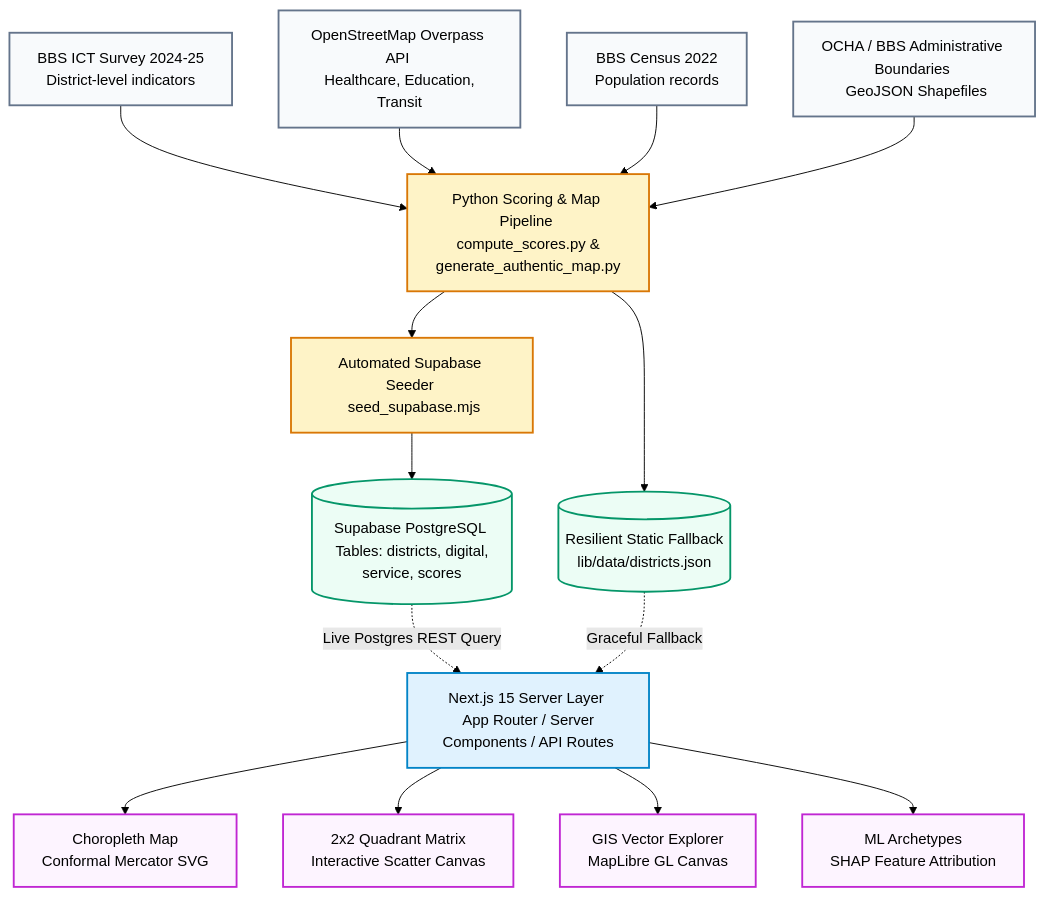
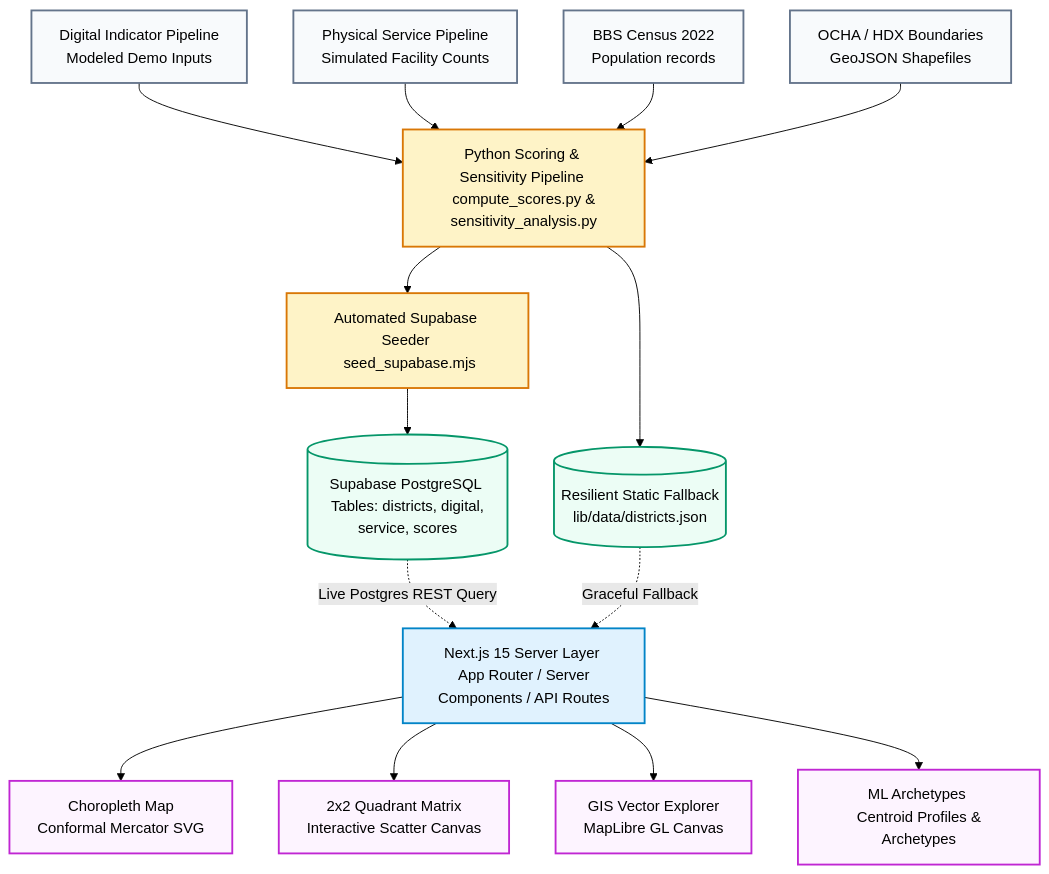
Before and after one commit to mhjayeed715/Double-Gap-Index-DGI: the diagram in README.md, drawn with Mermaid (forest theme). The commit also changed other lines of this file and 39 other files, not shown here.

````diff
--- a/README.md
+++ b/README.md
@@ -206,43 +210,43 @@
 ```mermaid
 graph TD
     classDef source fill:#f8fafc,stroke:#64748b,stroke-width:2px;
     classDef etl fill:#fef3c7,stroke:#d97706,stroke-width:2px;
     classDef db fill:#ecfdf5,stroke:#059669,stroke-width:2px;
     classDef web fill:#e0f2fe,stroke:#0284c7,stroke-width:2px;
     classDef ui fill:#fdf4ff,stroke:#c026d3,stroke-width:2px;
 
-    BBS[BBS ICT Survey 2024-25 <br> District-level indicators]:::source
-    OSM[OpenStreetMap Overpass API <br> Healthcare, Education, Transit]:::source
+    BBS[Digital Indicator Pipeline <br> Modeled Demo Inputs]:::source
+    OSM[Physical Service Pipeline <br> Simulated Facility Counts]:::source
     POP[BBS Census 2022 <br> Population records]:::source
-    GEO[OCHA / BBS Administrative Boundaries <br> GeoJSON Shapefiles]:::source
+    GEO[OCHA / HDX Boundaries <br> GeoJSON Shapefiles]:::source
 
-    ETL[Python Scoring & Map Pipeline <br> compute_scores.py & generate_authentic_map.py]:::etl
+    ETL[Python Scoring & Sensitivity Pipeline <br> compute_scores.py & sensitivity_analysis.py]:::etl
     SEED[Automated Supabase Seeder <br> seed_supabase.mjs]:::etl
 
     SUPA[(Supabase PostgreSQL <br> Tables: districts, digital, service, scores)]:::db
     JSON[(Resilient Static Fallback <br> lib/data/districts.json)]:::db
 
     SERVER[Next.js 15 Server Layer <br> App Router / Server Components / API Routes]:::web
 
     MAP[Choropleth Map <br> Conformal Mercator SVG]:::ui
     QUAD[2x2 Quadrant Matrix <br> Interactive Scatter Canvas]:::ui
     GIS[GIS Vector Explorer <br> MapLibre GL Canvas]:::ui
-    ML[ML Archetypes <br> SHAP Feature Attribution]:::ui
+    ML[ML Archetypes <br> Centroid Profiles & Archetypes]:::ui
 
     BBS --> ETL
     OSM --> ETL
     POP --> ETL
     GEO --> ETL
 
     ETL --> SEED
     ETL --> JSON
     SEED --> SUPA
 
     SUPA -.->|Live Postgres REST Query| SERVER
     JSON -.->|Graceful Fallback| SERVER
 
     SERVER --> MAP
     SERVER --> QUAD
     SERVER --> GIS
     SERVER --> ML
 ```
````
